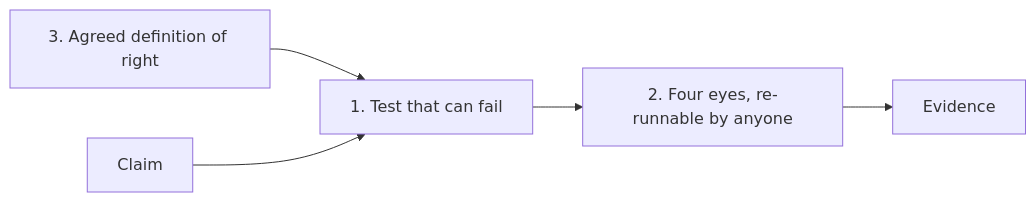
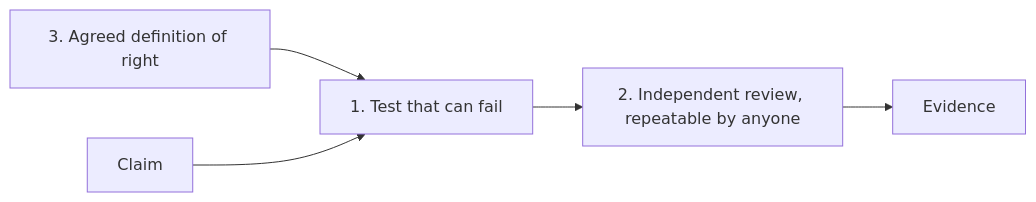
The first of 2 diagrams in content/blog/2026-11-20-code-got-cheap-trust-didnt.md (pulseengine/pulseengine.eu), drawn with Mermaid before and after one commit. The commit also changed other lines of this file, not shown here.

```diff
--- a/content/blog/2026-11-20-code-got-cheap-trust-didnt.md
+++ b/content/blog/2026-11-20-code-got-cheap-trust-didnt.md
@@ -89,7 +91,7 @@
 <pre class="mermaid">
 flowchart LR
     D["3. Agreed definition of right"] --> B
     A["Claim"] --> B["1. Test that can fail"]
-    B --> C["2. Four eyes, re-runnable by anyone"]
+    B --> C["2. Independent review, repeatable by anyone"]
     C --> E["Evidence"]
 </pre>
```
